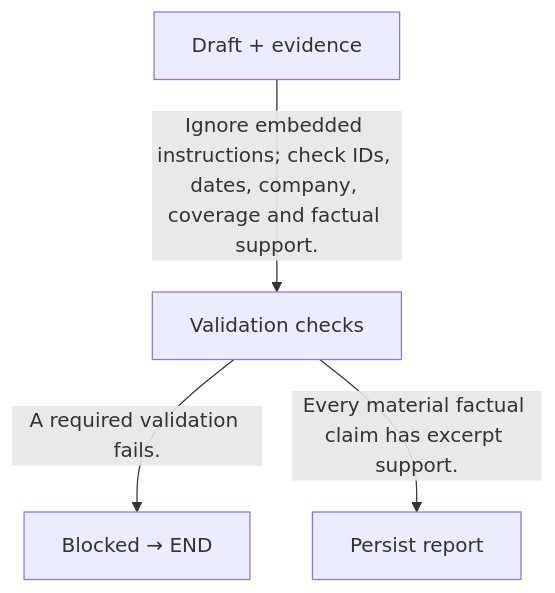
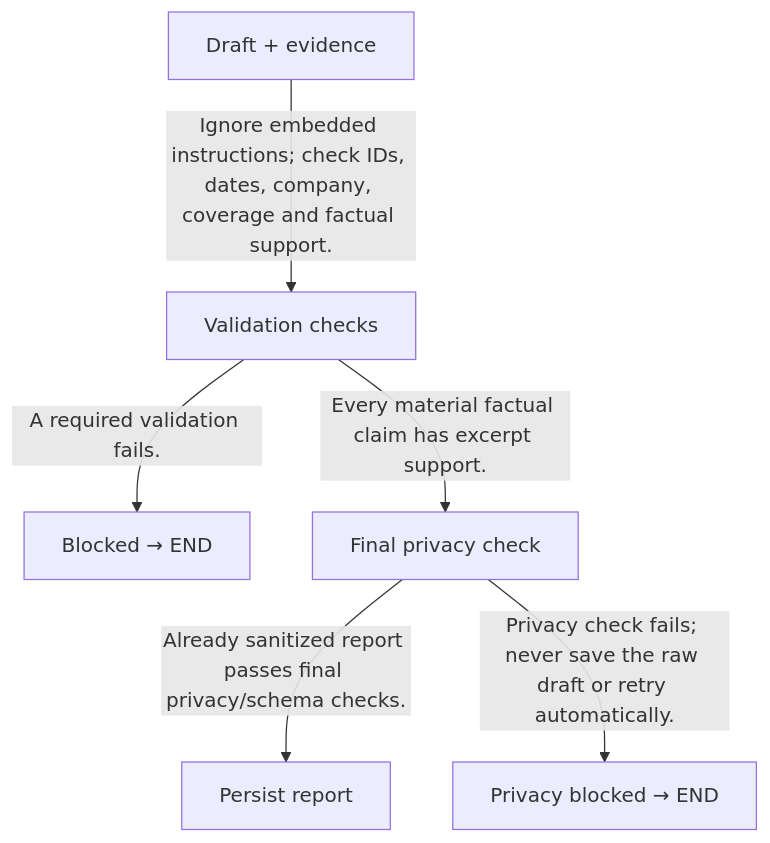
Before and after one commit to ByronHo68/ai-learning-academy: the sixth of 11 diagrams in docs/FINANCIAL_REPORT_DEVELOPMENT_PROPOSAL.md, drawn with Mermaid. The commit also changed other lines of this file and 64 other files, not shown here.

````diff
--- a/docs/FINANCIAL_REPORT_DEVELOPMENT_PROPOSAL.md
+++ b/docs/FINANCIAL_REPORT_DEVELOPMENT_PROPOSAL.md
@@ -2384,10 +2446,14 @@
 ```mermaid
 flowchart TD
   n0["Draft + evidence"]
   n1["Validation checks"]
   n2["Blocked → END"]
-  n3["Persist report"]
+  n3["Final privacy check"]
+  n4["Persist report"]
+  n5["Privacy blocked → END"]
   n0 -->|"Ignore embedded instructions; check IDs, dates, company, coverage and factual support."| n1
   n1 -->|"A required validation fails."| n2
   n1 -->|"Every material factual claim has excerpt support."| n3
+  n3 -->|"Already sanitized report passes final privacy/schema checks."| n4
+  n3 -->|"Privacy check fails; never save the raw draft or retry automatically."| n5
 ```
````
